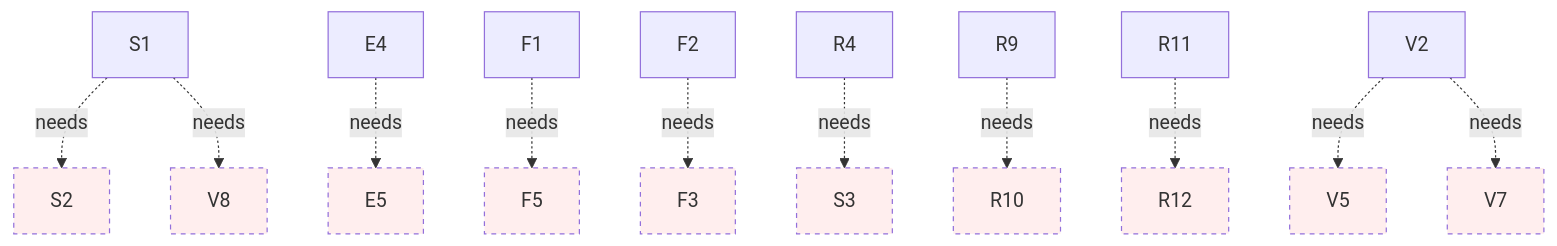
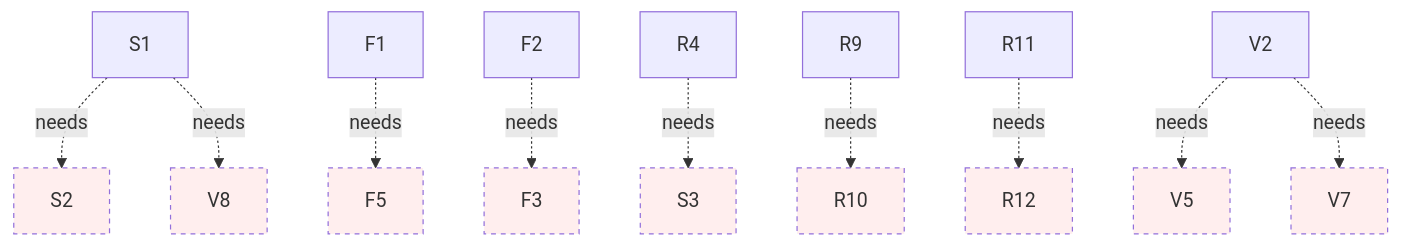
One commit to alinasser21001b-blip/adlytic changed the sixth of 6 diagrams in docs/design/DIAGRAMS.md. Above: the diagram before and after it, drawn with Mermaid. The commit also changed other lines of this file and 87 other files, not shown here.

````diff
--- a/docs/design/DIAGRAMS.md
+++ b/docs/design/DIAGRAMS.md
@@ -216,13 +225,12 @@
 ```mermaid
 flowchart TD
   S1 -.needs.-> S2 & V8
-  E4 -.needs.-> E5
   F1 -.needs.-> F5
   F2 -.needs.-> F3
   R4 -.needs.-> S3
   R9 -.needs.-> R10
   R11 -.needs.-> R12
   V2 -.needs.-> V5 & V7
   classDef gap stroke-dasharray: 4 4,fill:#fee;
-  class S2,V8,E5,F5,F3,S3,R10,R12,V5,V7 gap;
+  class S2,V8,F5,F3,S3,R10,R12,V5,V7 gap;
 ```
````
